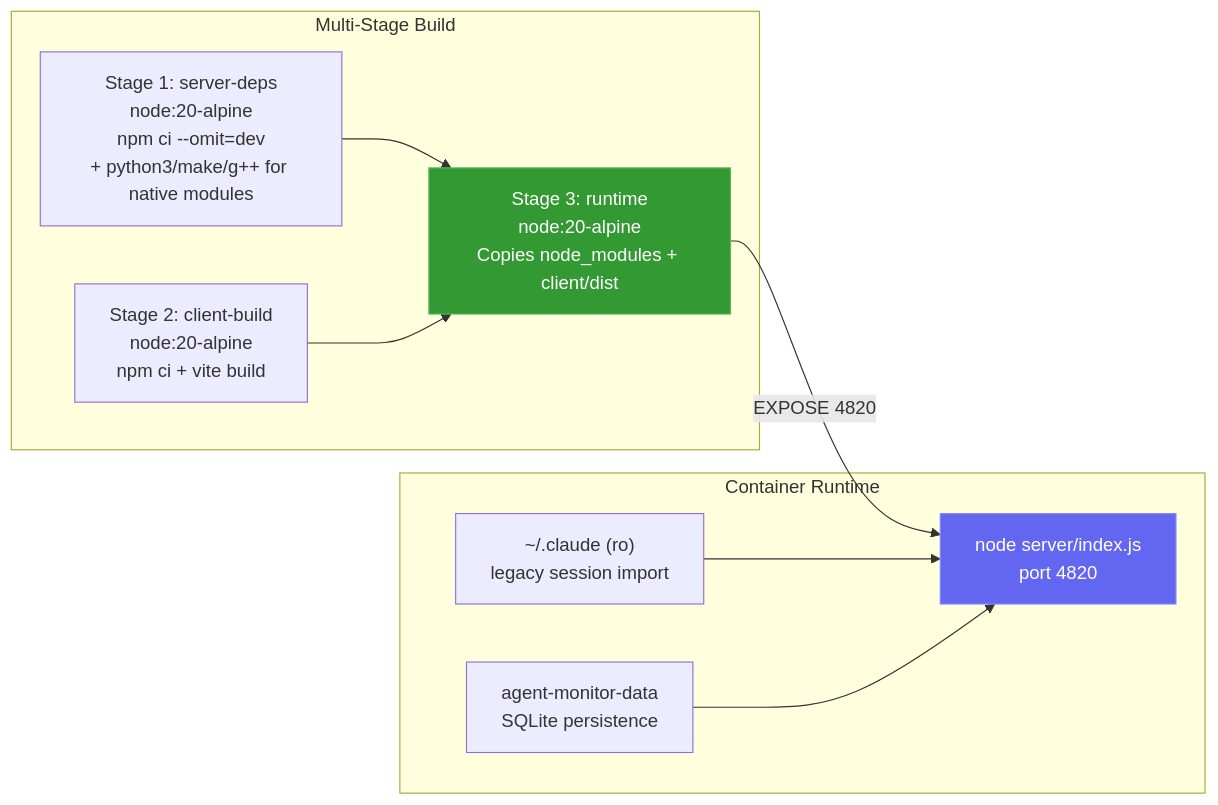
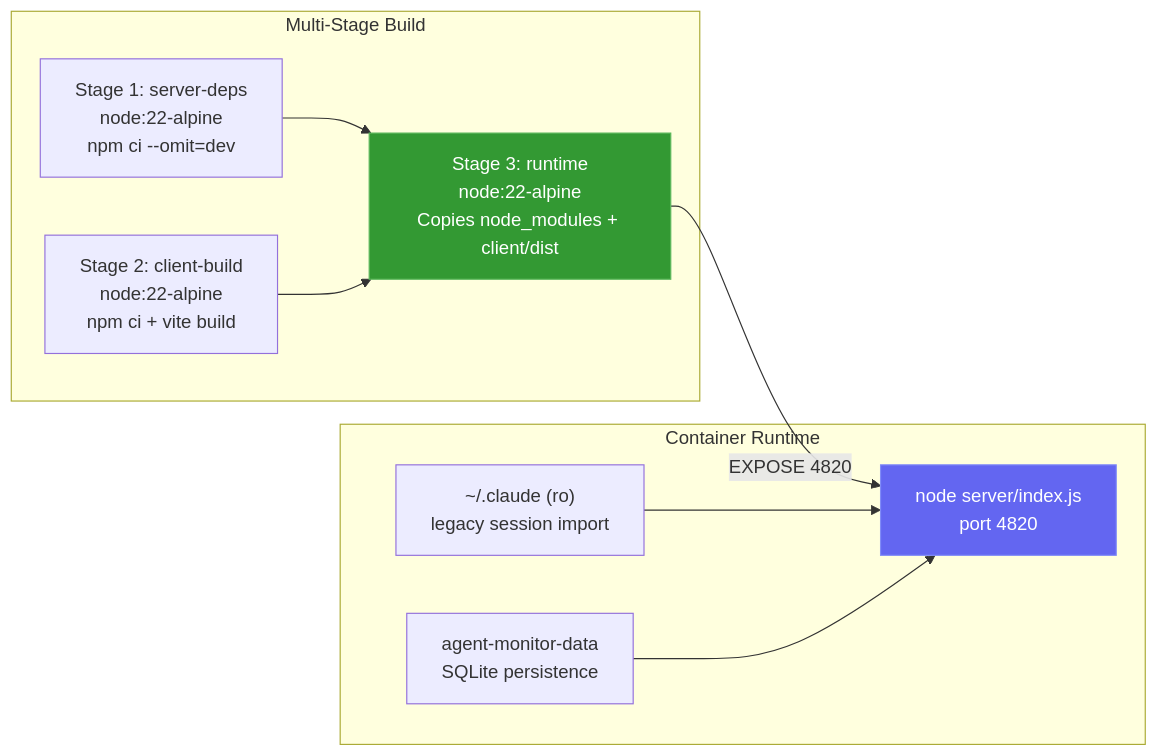
One commit to mirkanu/gsd-dashboard changed diagram 21 of 22 in ARCHITECTURE.md. Above: the diagram before and after it, drawn with Mermaid. The commit also changed other lines of this file and 16 other files, not shown here.

First line of the commit message:
fix: make better-sqlite3 optional with node:sqlite fallback

````diff
--- a/ARCHITECTURE.md
+++ b/ARCHITECTURE.md
@@ -908,21 +909,21 @@
 ```mermaid
 graph LR
     subgraph "Multi-Stage Build"
-        S1["Stage 1: server-deps\nnode:20-alpine\nnpm ci --omit=dev\n+ python3/make/g++ for native modules"]
-        S2["Stage 2: client-build\nnode:20-alpine\nnpm ci + vite build"]
-        S3["Stage 3: runtime\nnode:20-alpine\nCopies node_modules + client/dist"]
+        S1["Stage 1: server-deps\nnode:22-alpine\nnpm ci --omit=dev"]
+        S2["Stage 2: client-build\nnode:22-alpine\nnpm ci + vite build"]
+        S3["Stage 3: runtime\nnode:22-alpine\nCopies node_modules + client/dist"]
         S1 --> S3
         S2 --> S3
     end
 
     subgraph "Container Runtime"
         VOL1["~/.claude (ro)\nlegacy session import"]
         VOL2["agent-monitor-data\nSQLite persistence"]
         S3 -->|"EXPOSE 4820"| SRV["node server/index.js\nport 4820"]
         VOL1 --> SRV
         VOL2 --> SRV
     end
 
     style S3 fill:#339933,stroke:#5cb85c,color:#fff
     style SRV fill:#6366f1,stroke:#818cf8,color:#fff
 ```
````
